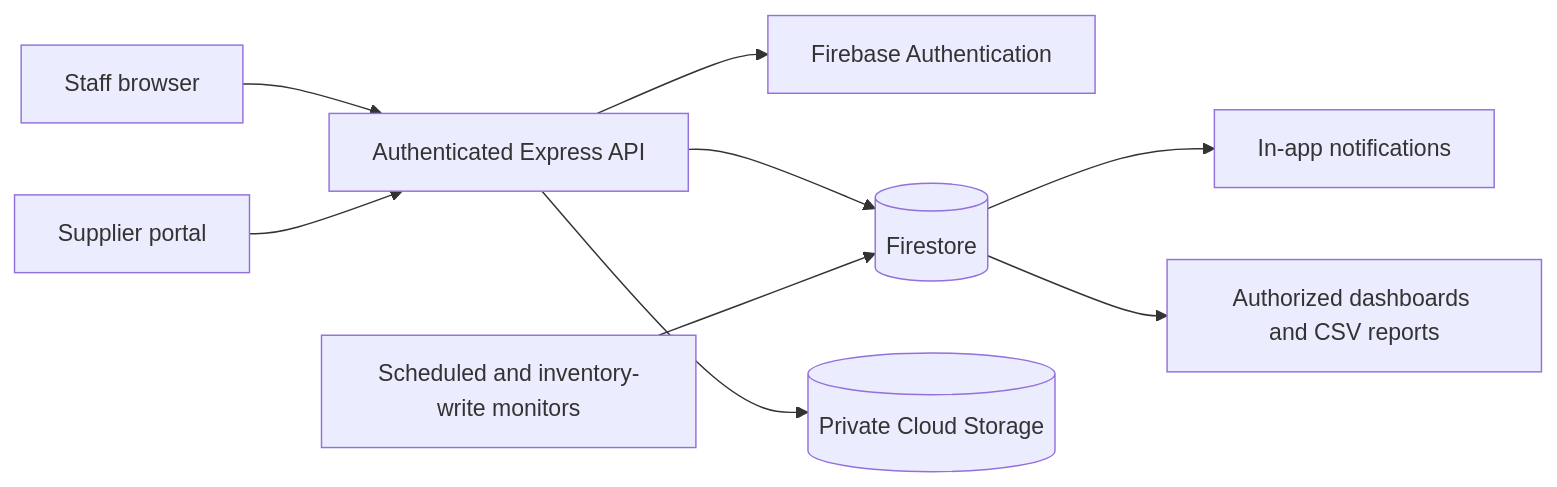
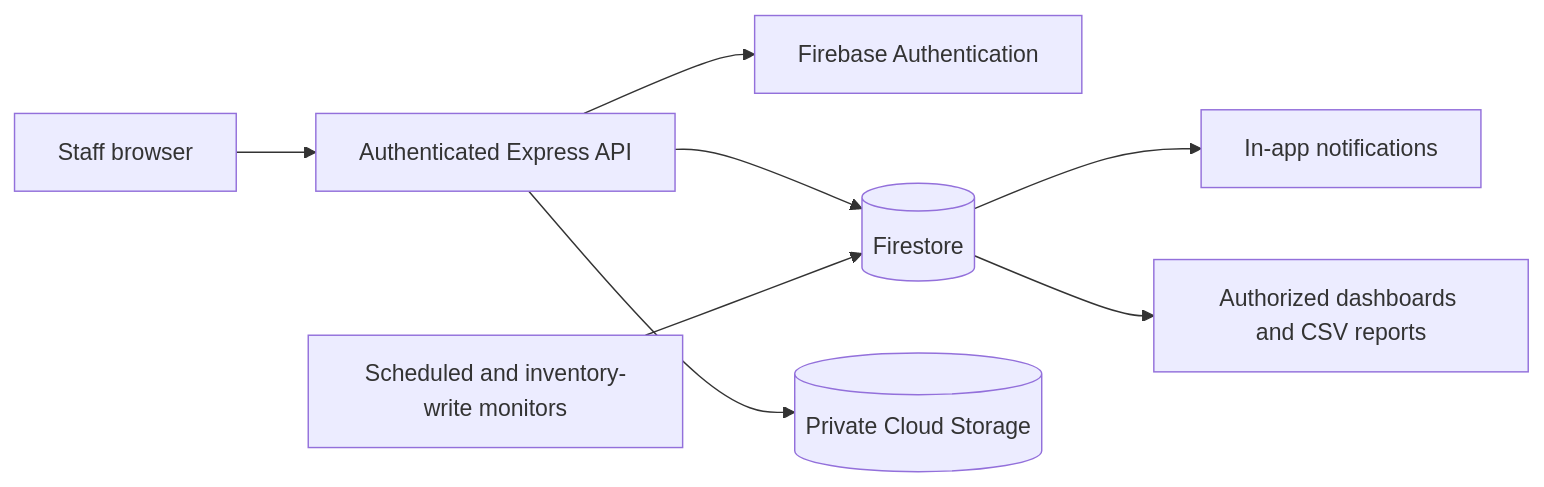
Before and after one commit to dev-page/aestheticare-app: the fourth of 4 diagrams in docs/supply-management-architecture.md, drawn with Mermaid. The commit also changed other lines of this file and 57 other files, not shown here.

````diff
--- a/docs/supply-management-architecture.md
+++ b/docs/supply-management-architecture.md
@@ -170,11 +166,10 @@
 ```mermaid
 flowchart LR
   Staff[Staff browser] --> API[Authenticated Express API]
-  SupplierPortal[Supplier portal] --> API
   API --> Auth[Firebase Authentication]
   API --> DB[(Firestore)]
   API --> Storage[(Private Cloud Storage)]
   Monitor[Scheduled and inventory-write monitors] --> DB
   DB --> Notify[In-app notifications]
   DB --> Reports[Authorized dashboards and CSV reports]
 ```
````
